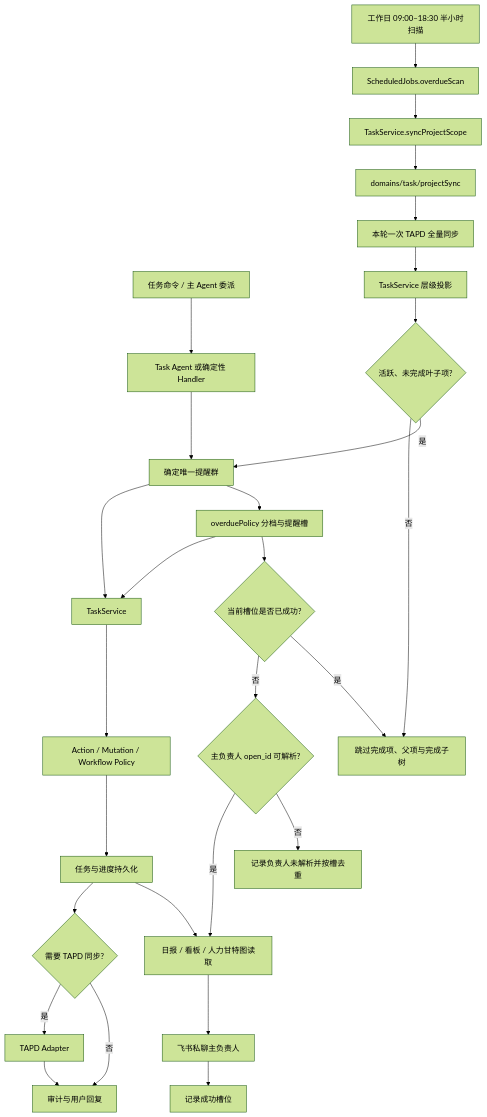
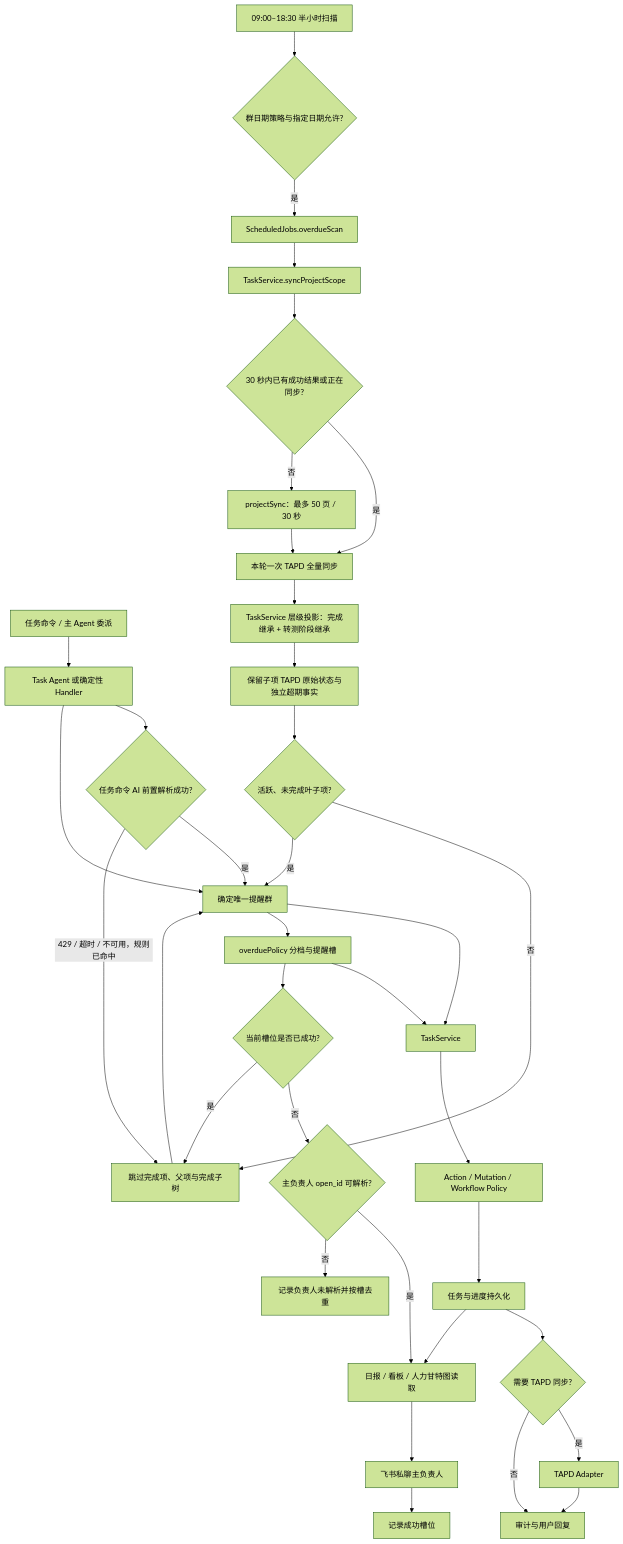
Before and after one commit to KlayPeter/AI-Delivery-Ops-Agent: the diagram in backend/src/domains/task/FEATURE.md, drawn with Mermaid (forest theme). The commit also changed other lines of this file and 80 other files, not shown here.

````diff
--- a/backend/src/domains/task/FEATURE.md
+++ b/backend/src/domains/task/FEATURE.md
@@ -22,30 +22,38 @@
 ```mermaid
 flowchart TD
     A["任务命令 / 主 Agent 委派"] --> B["Task Agent 或确定性 Handler"]
+    B --> AI{"任务命令 AI 前置解析成功?"}
+    AI -- "是" --> C["Task Tool Gateway"]
+    AI -- "429 / 超时 / 不可用，规则已命中" --> R["确定性任务命令"]
+    R --> C
     B --> C["Task Tool Gateway"]
     C --> D["TaskService"]
-    S["工作日 09:00–18:30 半小时扫描"] --> O["ScheduledJobs.overdueScan"]
+    S["09:00–18:30 半小时扫描"] --> HC{"群日期策略与指定日期允许?"}
+    HC -- "是" --> O["ScheduledJobs.overdueScan"]
     O --> W["TaskService.syncProjectScope"]
-    W --> K["domains/task/projectSync"]
+    W --> C1{"30 秒内已有成功结果或正在同步?"}
+    C1 -- "是" --> U
+    C1 -- "否" --> K["projectSync：最多 50 页 / 30 秒"]
     K --> U["本轮一次 TAPD 全量同步"]
-    U --> X["TaskService 层级投影"]
-    X --> Y{"活跃、未完成叶子项?"}
+    U --> X["TaskService 层级投影：完成继承 + 转测阶段继承"]
+    X --> X1["保留子项 TAPD 原始状态与独立超期事实"]
+    X1 --> Y{"活跃、未完成叶子项?"}
     Y -- "否" --> R["跳过完成项、父项与完成子树"]
     Y -- "是" --> C["确定唯一提醒群"]
     C --> P["overduePolicy 分档与提醒槽"]
     P --> D
     P --> Q{"当前槽位是否已成功?"}
     Q -- "否" --> V{"主负责人 open_id 可解析?"}
     Q -- "是" --> R
     V -- "是" --> J["持久化领取任务-场景-槽位"]
     J --> N["飞书私聊主负责人"]
     V -- "否" --> Z["记录负责人未解析并按槽去重"]
     N --> T["记录成功槽位"]
     D --> E["Action / Mutation / Workflow Policy"]
     E --> F["任务与进度持久化"]
     F --> G{"需要 TAPD 同步?"}
     G -- 是 --> H["TAPD Adapter"]
     G -- 否 --> I["审计与用户回复"]
     H --> I
     F --> J["日报 / 看板 / 人力甘特图读取"]
 ```
````
